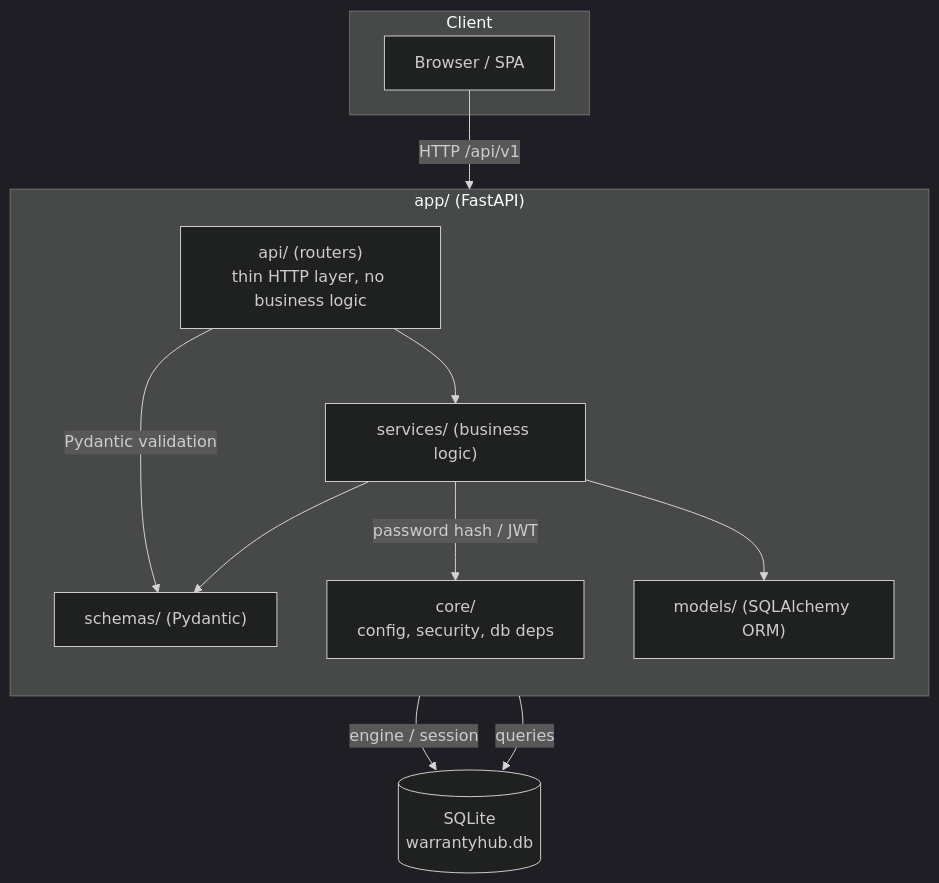
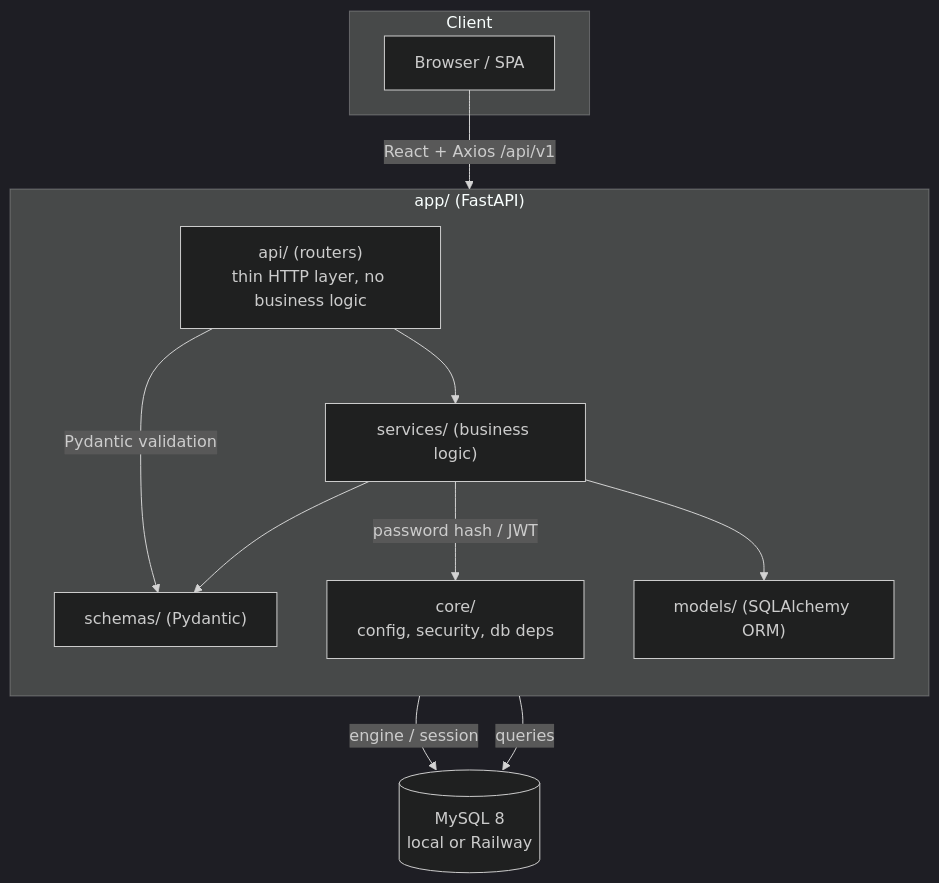
Before and after one commit to yogeshwaran08114-dot/warrentytracker: the diagram in docs/architecture.md, drawn with Mermaid (dark theme). The commit also changed 74 other files, not shown here.

````diff
--- a/docs/architecture.md
+++ b/docs/architecture.md
@@ -7,26 +7,26 @@
 ```mermaid
 flowchart TD
     subgraph Client
         UI[Browser / SPA]
     end
 
     subgraph App["app/ (FastAPI)"]
         direction TB
         API["api/ (routers)<br/>thin HTTP layer, no business logic"]
         CORE["core/<br/>config, security, db deps"]
         SERVICES["services/ (business logic)"]
         MODELS["models/ (SQLAlchemy ORM)"]
         SCHEMAS["schemas/ (Pydantic)"]
     end
 
-    DB[(SQLite<br/>warrantyhub.db)]
+    DB[(MySQL 8<br/>local or Railway)]
 
-    UI -->|HTTP /api/v1| API
+    UI -->|React + Axios /api/v1| API
     API -->|Pydantic validation| SCHEMAS
     API --> SERVICES
     SERVICES -->|password hash / JWT| CORE
     SERVICES --> MODELS
     CORE -->|engine / session| DB
     MODELS -->|queries| DB
     SERVICES --> SCHEMAS
 ```
````
